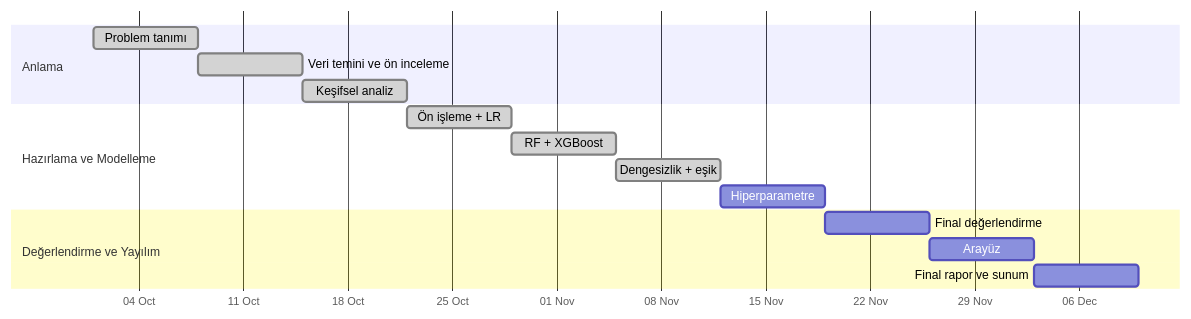
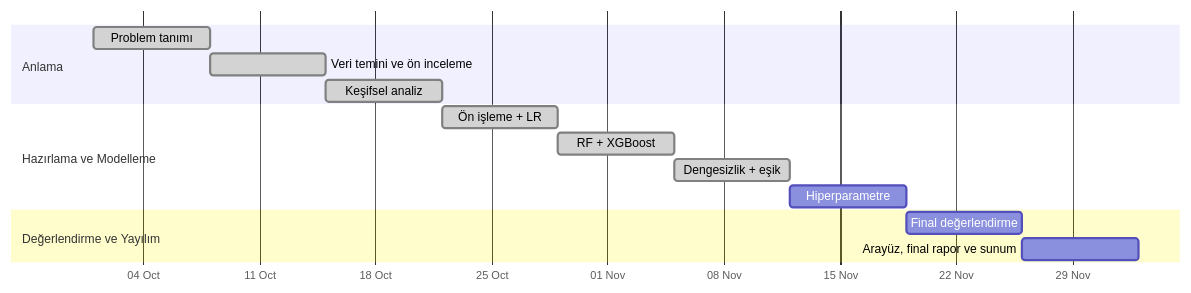
One commit to mustafaemre027/bank-predict changed the diagram in docs/yol_haritasi.md. Above: the diagram before and after it, drawn with Mermaid. The commit also changed other lines of this file and 2 other files, not shown here.

````diff
--- a/docs/yol_haritasi.md
+++ b/docs/yol_haritasi.md
@@ -21,18 +20,17 @@
 ```mermaid
 gantt
     dateFormat YYYY-MM-DD
     axisFormat %d %b
     section Anlama
     Problem tanımı               :done, h1, 2026-10-01, 7d
     Veri temini ve ön inceleme   :done, h2, after h1, 7d
     Keşifsel analiz              :done, h3, after h2, 7d
     section Hazırlama ve Modelleme
     Ön işleme + LR               :done, h4, after h3, 7d
     RF + XGBoost                 :done, h5, after h4, 7d
     Dengesizlik + eşik           :done, h6, after h5, 7d
     Hiperparametre               :h7, after h6, 7d
     section Değerlendirme ve Yayılım
     Final değerlendirme          :h8, after h7, 7d
-    Arayüz                       :h9, after h8, 7d
-    Final rapor ve sunum         :h10, after h9, 7d
+    Arayüz, final rapor ve sunum :h9, after h8, 7d
 ```
````
